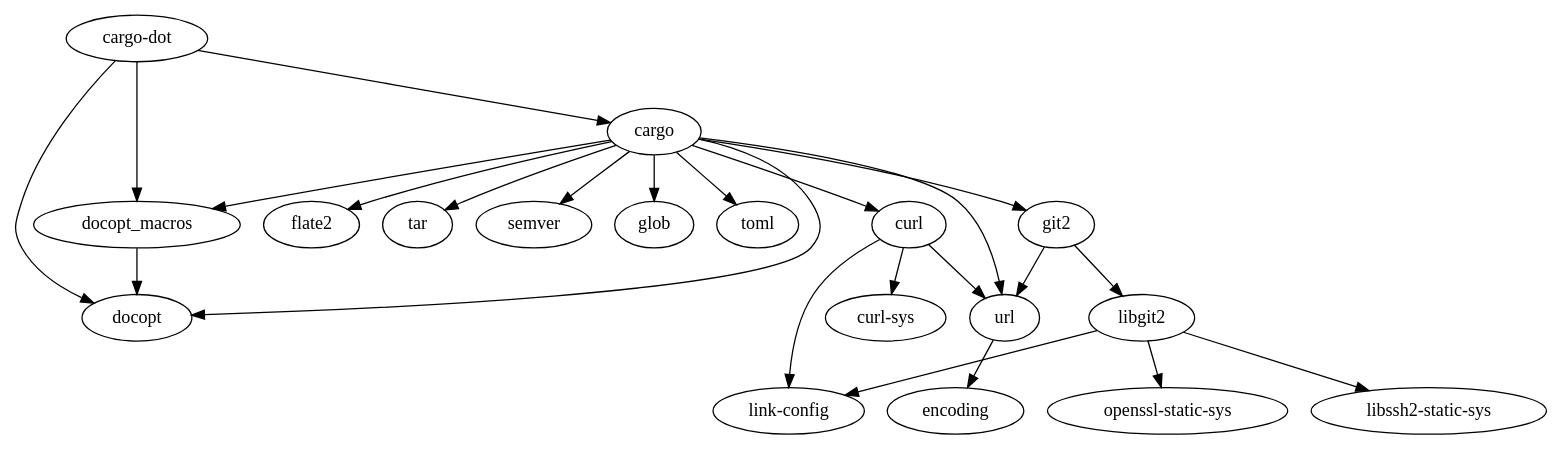
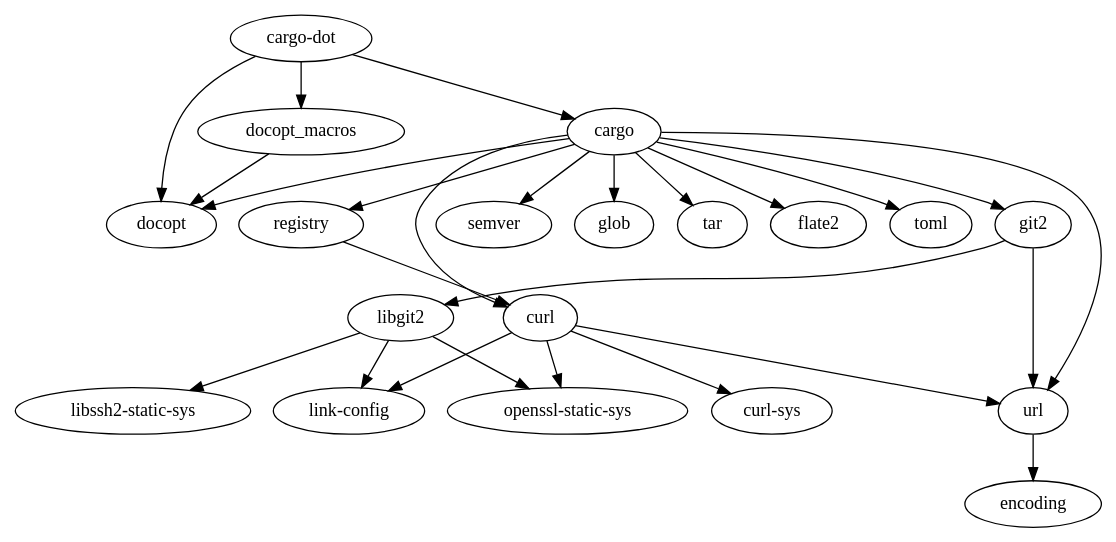
One commit to kbknapp/cargo-graph changed the diagram in etc/cargo-dot.dot. Above: the diagram before and after it, drawn with Graphviz. The commit also changed 1 other file, not shown here.

Commit message:
Update deps graph

```diff
--- a/etc/cargo-dot.dot
+++ b/etc/cargo-dot.dot
@@ -1,43 +1,46 @@
 digraph example3 {
     N0[label="cargo-dot"];
-    N1[label="libssh2-static-sys"];
-    N2[label="curl-sys"];
+    N1[label="git2"];
+    N2[label="url"];
     N3[label="libgit2"];
     N4[label="openssl-static-sys"];
-    N5[label="link-config"];
-    N6[label="curl"];
-    N7[label="url"];
-    N8[label="flate2"];
-    N9[label="tar"];
-    N10[label="docopt"];
-    N11[label="cargo"];
-    N12[label="docopt_macros"];
-    N13[label="semver"];
-    N14[label="glob"];
-    N15[label="encoding"];
+    N5[label="libssh2-static-sys"];
+    N6[label="link-config"];
+    N7[label="semver"];
+    N8[label="docopt_macros"];
+    N9[label="docopt"];
+    N10[label="glob"];
+    N11[label="tar"];
+    N12[label="encoding"];
+    N13[label="curl-sys"];
+    N14[label="cargo"];
+    N15[label="flate2"];
     N16[label="toml"];
-    N17[label="git2"];
+    N17[label="curl"];
+    N18[label="registry"];
+    N1 -> N2[label=""];
+    N1 -> N3[label=""];
     N3 -> N4[label=""];
-    N3 -> N1[label=""];
     N3 -> N5[label=""];
-    N6 -> N2[label=""];
-    N6 -> N7[label=""];
-    N6 -> N5[label=""];
-    N0 -> N10[label=""];
-    N0 -> N11[label=""];
-    N0 -> N12[label=""];
-    N7 -> N15[label=""];
-    N17 -> N7[label=""];
-    N17 -> N3[label=""];
-    N12 -> N10[label=""];
-    N11 -> N14[label=""];
-    N11 -> N7[label=""];
-    N11 -> N17[label=""];
-    N11 -> N16[label=""];
-    N11 -> N6[label=""];
-    N11 -> N9[label=""];
-    N11 -> N12[label=""];
-    N11 -> N8[label=""];
-    N11 -> N13[label=""];
-    N11 -> N10[label=""];
+    N3 -> N6[label=""];
+    N8 -> N9[label=""];
+    N2 -> N12[label=""];
+    N14 -> N10[label=""];
+    N14 -> N15[label=""];
+    N14 -> N7[label=""];
+    N14 -> N16[label=""];
+    N14 -> N17[label=""];
+    N14 -> N2[label=""];
+    N14 -> N11[label=""];
+    N14 -> N18[label=""];
+    N14 -> N9[label=""];
+    N14 -> N1[label=""];
+    N17 -> N6[label=""];
+    N17 -> N4[label=""];
+    N17 -> N13[label=""];
+    N17 -> N2[label=""];
+    N18 -> N17[label=""];
+    N0 -> N8[label=""];
+    N0 -> N9[label=""];
+    N0 -> N14[label=""];
 }
```
